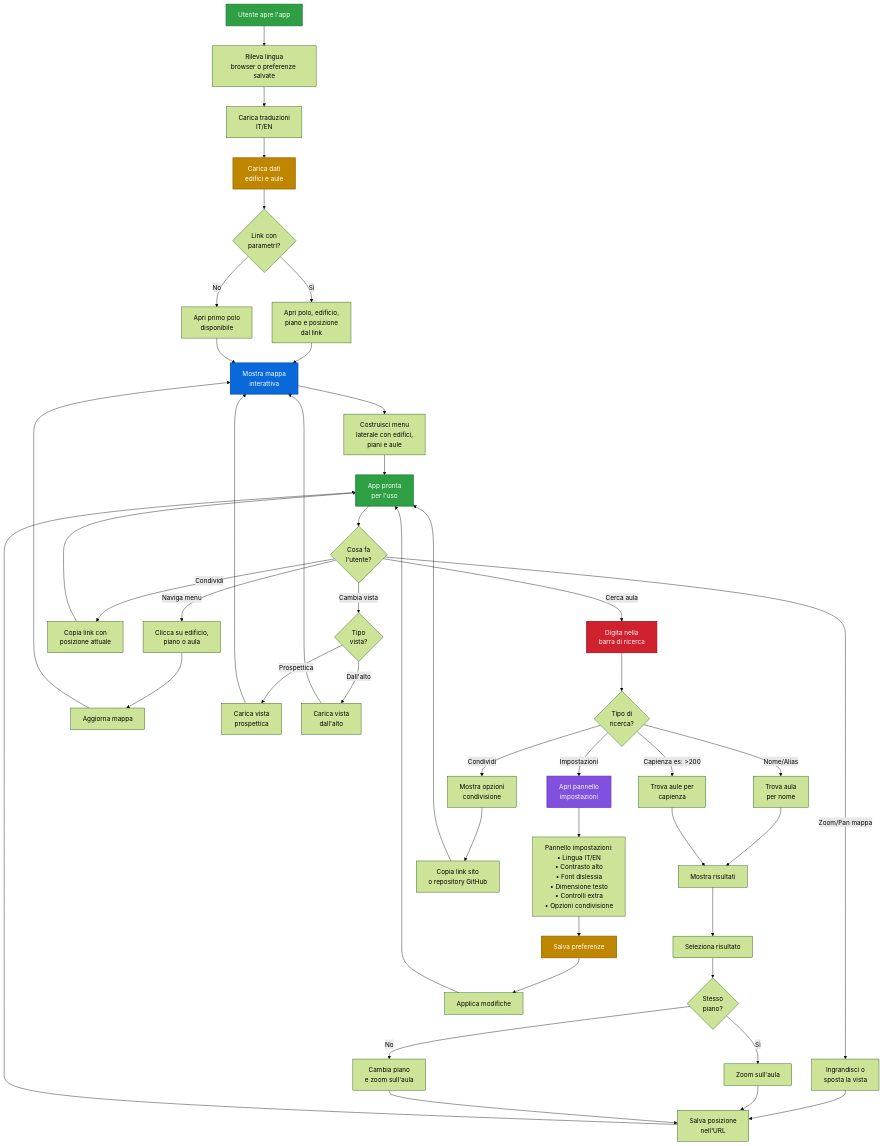
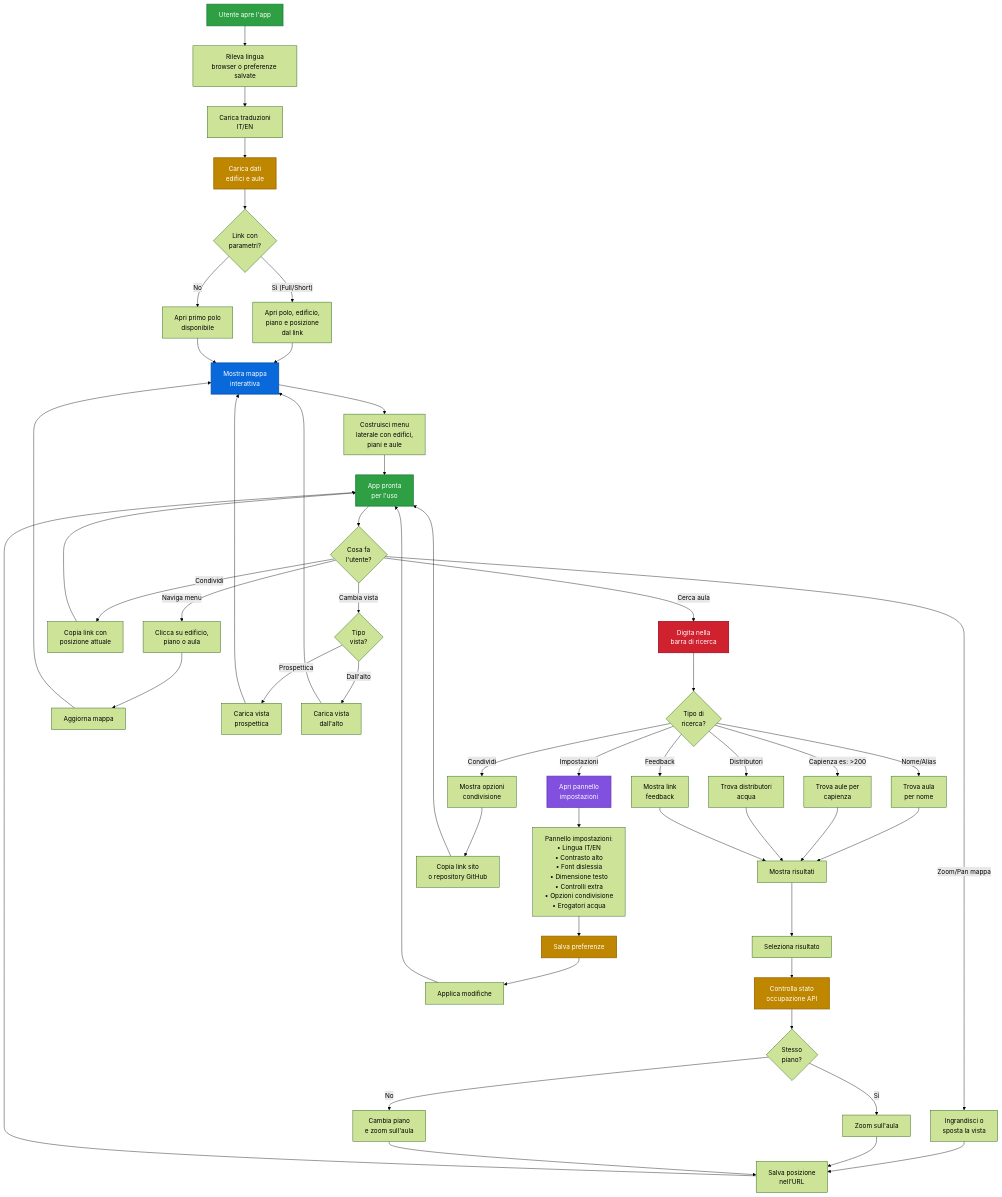
The second of 2 diagrams in README.md (plumkewe/dove-unipi), drawn with Mermaid (forest theme) before and after one commit. The commit also changed other lines of this file and 2 other files, not shown here.

````diff
--- a/README.md
+++ b/README.md
@@ -234,7 +235,7 @@
     LoadTranslations --> LoadData[Carica dati<br/>edifici e aule]
     
     LoadData --> CheckURL{Link con<br/>parametri?}
-    CheckURL -->|Sì| UseURL[Apri polo, edificio,<br/>piano e posizione<br/>dal link]
+    CheckURL -->|"Sì (Full/Short)"| UseURL[Apri polo, edificio,<br/>piano e posizione<br/>dal link]
     CheckURL -->|No| UseDefault[Apri primo polo<br/>disponibile]
     
     UseURL --> ShowMap[Mostra mappa<br/>interattiva]
@@ -252,11 +253,18 @@
     SearchType -->|Capienza es: >200| FindByCapacity[Trova aule per<br/>capienza]
     SearchType -->|Impostazioni| OpenSettings[Apri pannello<br/>impostazioni]
     SearchType -->|Condividi| OpenShare[Mostra opzioni<br/>condivisione]
+    SearchType -->|Feedback| OpenFeedback[Mostra link<br/>feedback]
+    SearchType -->|Distributori| FindWater[Trova distributori<br/>acqua]
     
     FindByName --> ShowResults[Mostra risultati]
     FindByCapacity --> ShowResults
+    FindWater --> ShowResults
+    OpenFeedback --> ShowResults
+    
     ShowResults --> SelectResult[Seleziona risultato]
-    SelectResult --> CheckFloor{Stesso<br/>piano?}
+    SelectResult --> CheckOccupancy[Controlla stato<br/>occupazione API]
+    CheckOccupancy --> CheckFloor{Stesso<br/>piano?}
+    
     CheckFloor -->|Sì| ZoomToRoom[Zoom sull'aula]
     CheckFloor -->|No| ChangeFloor[Cambia piano<br/>e zoom sull'aula]
     
@@ -281,7 +289,7 @@
     LoadTop --> ShowMap
     
     %% Impostazioni
-    OpenSettings --> SettingsPanel[Pannello impostazioni:<br/>• Lingua IT/EN<br/>• Contrasto alto<br/>• Font dislessia<br/>• Dimensione testo<br/>• Controlli extra<br/>• Opzioni condivisione]
+    OpenSettings --> SettingsPanel[Pannello impostazioni:<br/>• Lingua IT/EN<br/>• Contrasto alto<br/>• Font dislessia<br/>• Dimensione testo<br/>• Controlli extra<br/>• Opzioni condivisione<br/>• Erogatori acqua]
     SettingsPanel --> SaveSettings[Salva preferenze]
     SaveSettings --> ApplySettings[Applica modifiche]
     ApplySettings --> Ready
@@ -302,4 +310,5 @@
     style OpenSettings fill:#8250df,stroke:#6639ba,stroke-width:2px,color:#ffffff
     style LoadData fill:#bf8700,stroke:#9a6700,stroke-width:2px,color:#ffffff
     style SaveSettings fill:#bf8700,stroke:#9a6700,stroke-width:2px,color:#ffffff
+    style CheckOccupancy fill:#bf8700,stroke:#9a6700,stroke-width:2px,color:#ffffff
 ```
````
